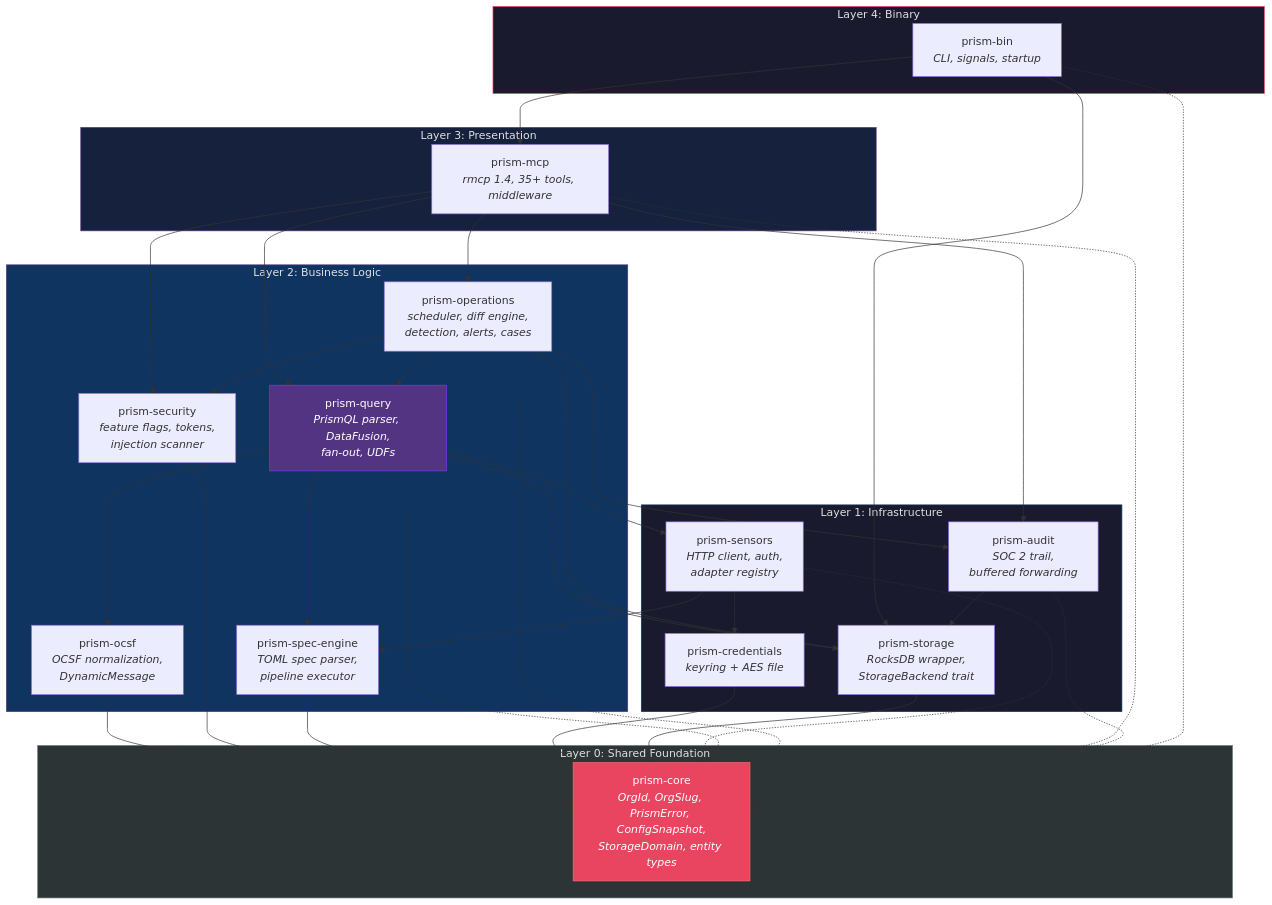
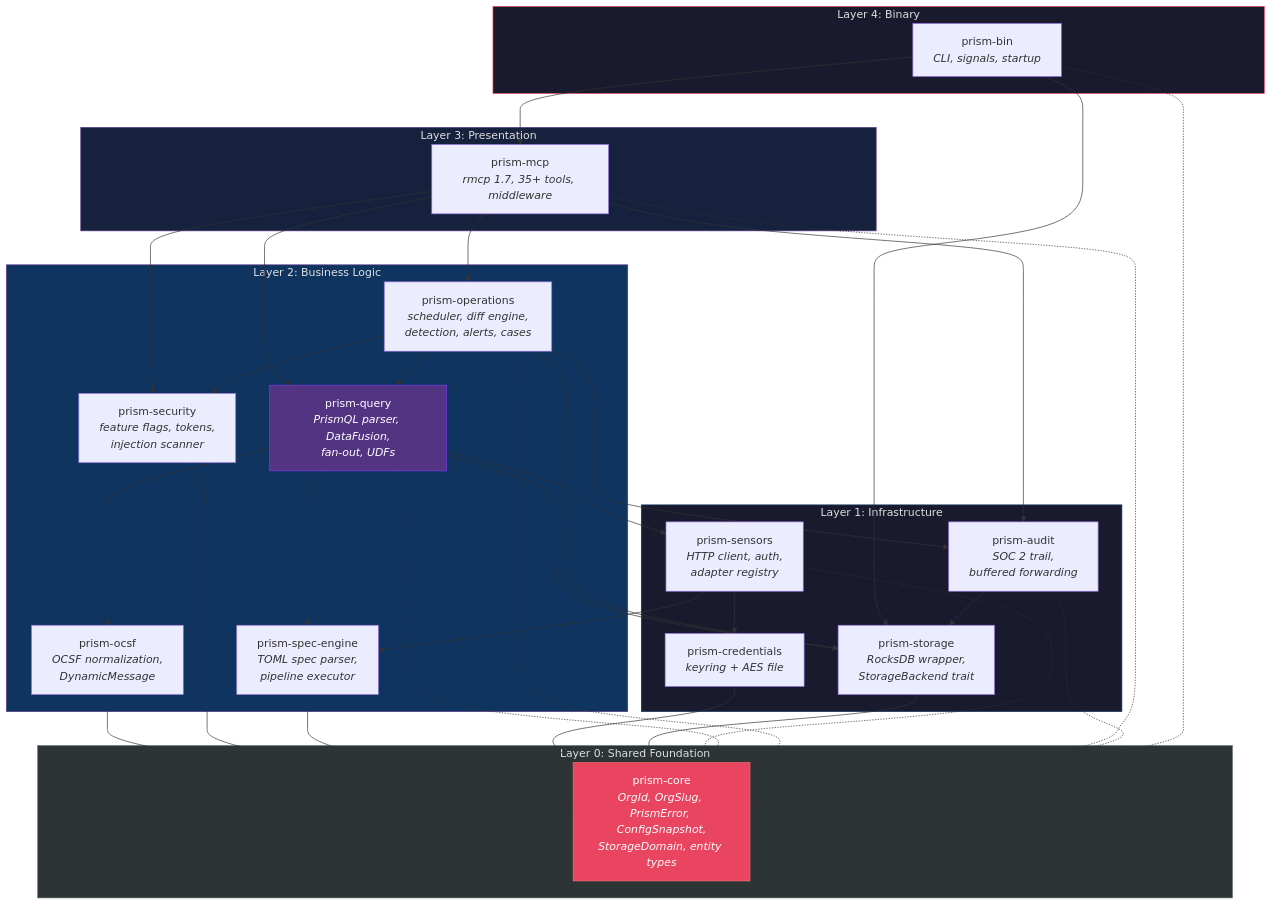
The first of 2 diagrams in specs/architecture/module-decomposition.md (drbothen/prism), drawn with Mermaid before and after one commit. The commit also changed 5 other files, not shown here.

First line of the commit message:
fix(S-5.01-FOLLOWUP-MCP-BOOT): close F-PASS9-MED-1 — update rmcp 1.4 → 1.7 across all spec files

````diff
--- a/specs/architecture/module-decomposition.md
+++ b/specs/architecture/module-decomposition.md
@@ -63,67 +63,67 @@
 ```mermaid
 graph TB
     subgraph L4["Layer 4: Binary"]
         BIN["prism-bin<br/><i>CLI, signals, startup</i>"]
     end
 
     subgraph L3["Layer 3: Presentation"]
-        MCP["prism-mcp<br/><i>rmcp 1.4, 35+ tools, middleware</i>"]
+        MCP["prism-mcp<br/><i>rmcp 1.7, 35+ tools, middleware</i>"]
     end
 
     subgraph L2["Layer 2: Business Logic"]
         QUERY["prism-query<br/><i>PrismQL parser, DataFusion,<br/>fan-out, UDFs</i>"]
         OPS["prism-operations<br/><i>scheduler, diff engine,<br/>detection, alerts, cases</i>"]
         OCSF["prism-ocsf<br/><i>OCSF normalization,<br/>DynamicMessage</i>"]
         SPEC["prism-spec-engine<br/><i>TOML spec parser,<br/>pipeline executor</i>"]
         SEC["prism-security<br/><i>feature flags, tokens,<br/>injection scanner</i>"]
     end
 
     subgraph L1["Layer 1: Infrastructure"]
         SENS["prism-sensors<br/><i>HTTP client, auth,<br/>adapter registry</i>"]
         CRED["prism-credentials<br/><i>keyring + AES file</i>"]
         STOR["prism-storage<br/><i>RocksDB wrapper,<br/>StorageBackend trait</i>"]
         AUD["prism-audit<br/><i>SOC 2 trail,<br/>buffered forwarding</i>"]
     end
 
     subgraph L0["Layer 0: Shared Foundation"]
         CORE["prism-core<br/><i>OrgId, OrgSlug, PrismError, ConfigSnapshot,<br/>StorageDomain, entity types</i>"]
     end
 
     BIN --> MCP
     BIN --> STOR
     MCP --> QUERY
     MCP --> OPS
     MCP --> SEC
     MCP --> AUD
     QUERY --> SENS
     QUERY --> OCSF
     QUERY --> SPEC
     QUERY --> STOR
     OPS --> QUERY
     OPS --> SEC
     OPS --> AUD
     OPS --> STOR
     SENS --> SPEC
     SENS --> CRED
     AUD --> STOR
 
     OCSF --> CORE
     SEC --> CORE
     SPEC --> CORE
     CRED --> CORE
     STOR --> CORE
     SENS -.-> CORE
     QUERY -.-> CORE
     OPS -.-> CORE
     MCP -.-> CORE
     AUD -.-> CORE
     BIN -.-> CORE
 
     style L4 fill:#1a1a2e,stroke:#e94560,color:#e0e0e0
     style L3 fill:#16213e,stroke:#533483,color:#e0e0e0
     style L2 fill:#0f3460,stroke:#533483,color:#e0e0e0
     style L1 fill:#1a1a2e,stroke:#0f3460,color:#e0e0e0
     style L0 fill:#2d3436,stroke:#636e72,color:#e0e0e0
     style CORE fill:#e94560,stroke:#ff6b6b,color:#fff
     style QUERY fill:#533483,stroke:#7c3aed,color:#fff
 ```
````
